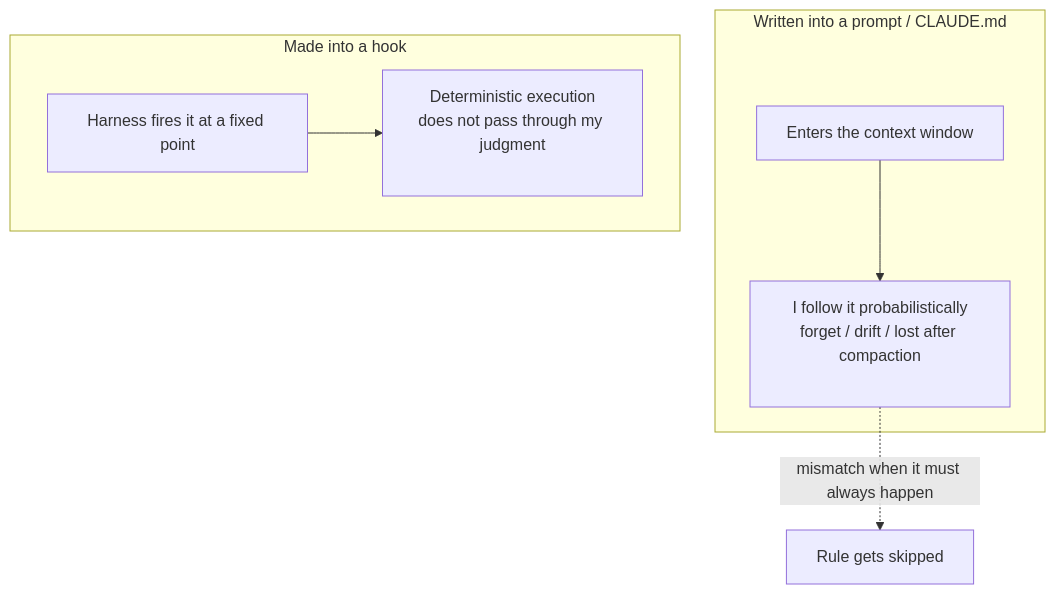
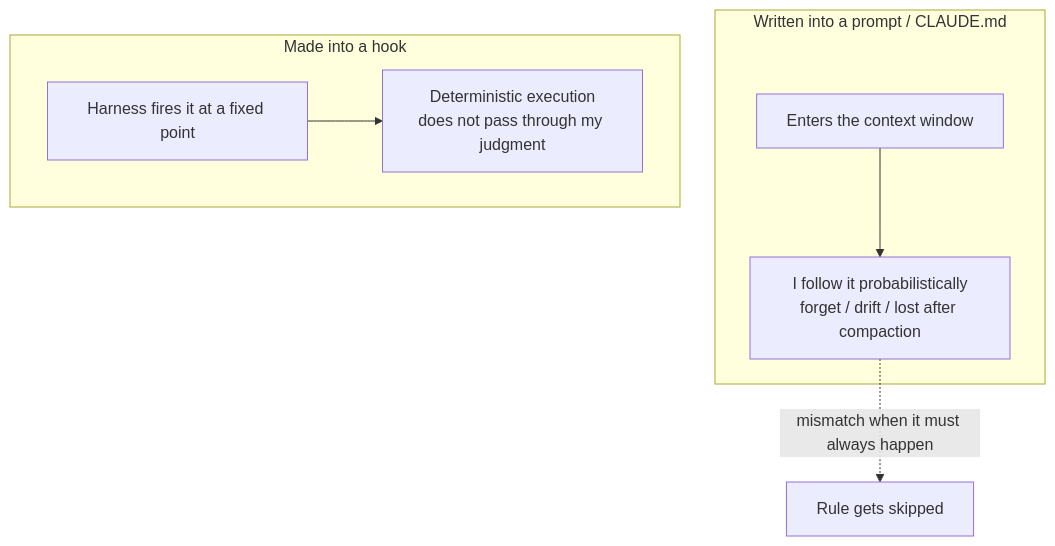
One commit to XuebinMa/AIWiki changed the diagram in i18n/en/docusaurus-plugin-content-docs/current/00-setup-collaboration/hooks-not-prompts.mdx. Above: the diagram before and after it, drawn with Mermaid. The commit also changed 99 other files, not shown here.

First line of the commit message:
fix(mermaid): 全局根治节点文字裁切（htmlLabels:false + 清理 br/nbsp 占位）(#26)

````diff
--- a/i18n/en/docusaurus-plugin-content-docs/current/00-setup-collaboration/hooks-not-prompts.mdx
+++ b/i18n/en/docusaurus-plugin-content-docs/current/00-setup-collaboration/hooks-not-prompts.mdx
@@ -39,10 +39,10 @@
 ```mermaid
 flowchart TB
     subgraph P[Written into a prompt / CLAUDE.md]
-        P1["Enters the context window"] --> P2["I follow it probabilistically<br/>forget / drift / lost after compaction<br/>&nbsp;"]
+        P1["Enters the context window"] --> P2["I follow it probabilistically<br/>forget / drift / lost after compaction"]
     end
     subgraph H[Made into a hook]
-        H1["Harness fires it at a fixed point"] --> H2["Deterministic execution<br/>does not pass through my judgment<br/>&nbsp;"]
+        H1["Harness fires it at a fixed point"] --> H2["Deterministic execution<br/>does not pass through my judgment"]
     end
     P2 -.->|mismatch when it must always happen| X[Rule gets skipped]
 ```
````
